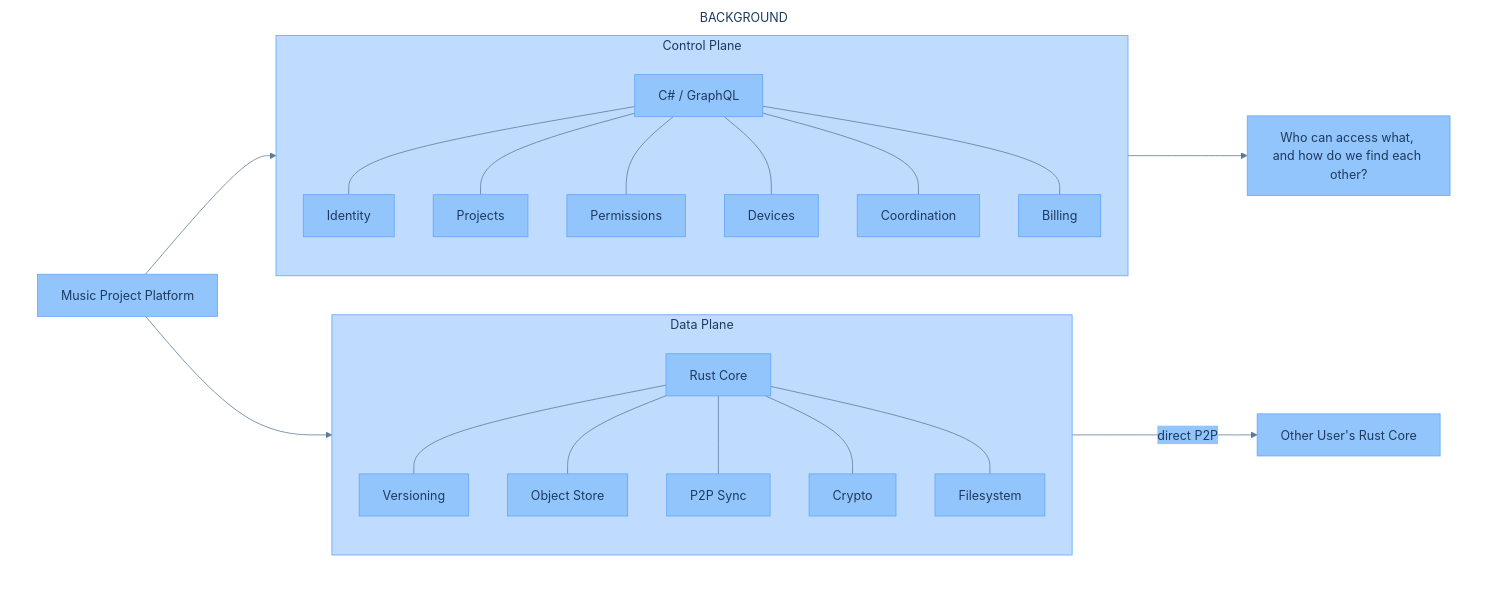
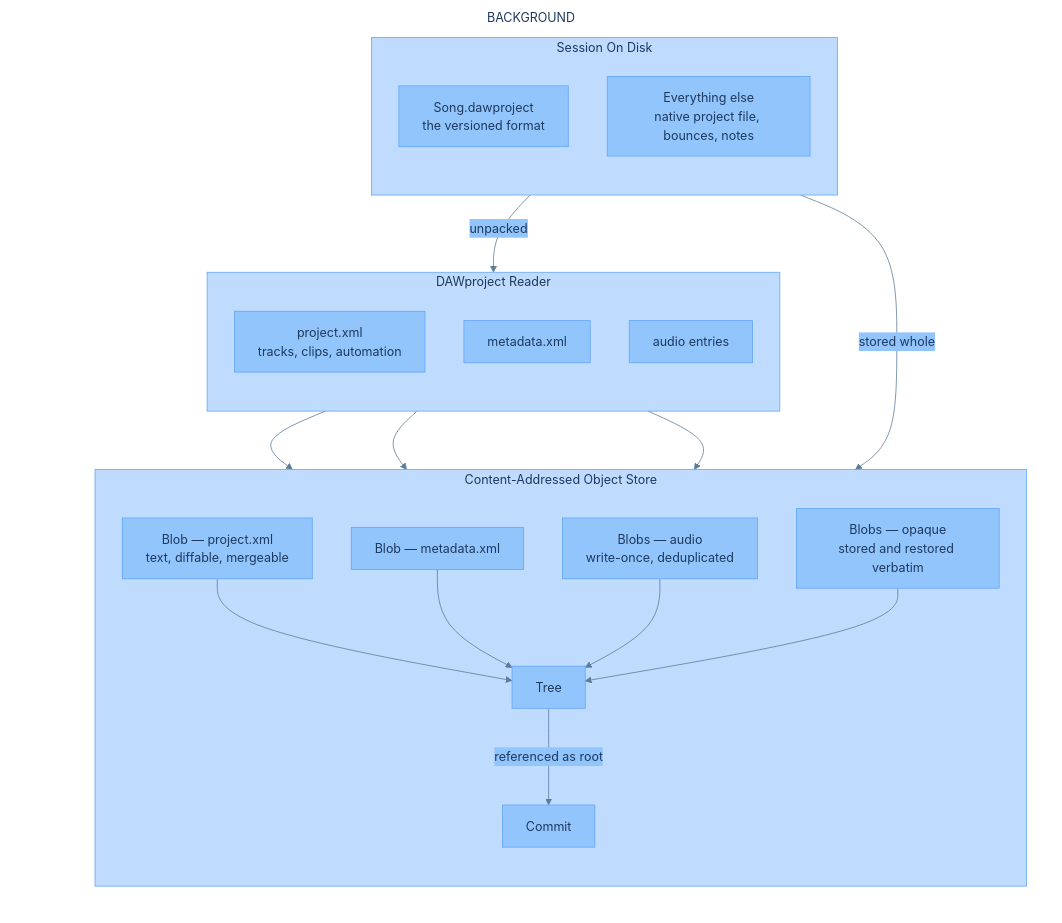
The first of 5 diagrams in gitformusic/.docs/ARCHITECTURE.md (RandreasKristensen/dawgit), drawn with Mermaid before and after one commit. The commit also changed other lines of this file and 9 other files, not shown here.

````diff
--- a/gitformusic/.docs/ARCHITECTURE.md
+++ b/gitformusic/.docs/ARCHITECTURE.md
@@ -87,52 +131,46 @@
 ```mermaid
 %%{init: {"theme":"base","themeVariables":{"background":"#ffffff","primaryColor":"#93c5fd","primaryTextColor":"#1e3a5f","primaryBorderColor":"#60a5fa","lineColor":"#5b7c99","secondaryColor":"#93c5fd","tertiaryColor":"#ffffff","clusterBkg":"#bfdbfe","clusterBorder":"#60a5fa","titleColor":"#1e3a5f","fontFamily":" sans-serif"}}}%%
-%% Music Project Platform - Architecture Overview
-flowchart TB
+%% Git for Music — Project Ingestion
+flowchart LR
 
     subgraph BACKGROUND
 
-    PLATFORM["Music Project Platform"]
-
-    subgraph CONTROL["Control Plane"]
-        GRAPHQL["C# / GraphQL"]
-        IDENTITY["Identity"]
-        PROJECTS["Projects"]
-        PERMISSIONS["Permissions"]
-        DEVICES["Devices"]
-        COORDINATION["Coordination"]
-        BILLING["Billing"]
-
-        GRAPHQL --- IDENTITY
-        GRAPHQL --- PROJECTS
-        GRAPHQL --- PERMISSIONS
-        GRAPHQL --- DEVICES
-        GRAPHQL --- COORDINATION
-        GRAPHQL --- BILLING
+    subgraph DISK["Session On Disk"]
+        direction TB
+        EXPORT["Song.dawproject<br/>the versioned format"]
+        OTHER["Everything else<br/>native project file, bounces, notes"]
     end
 
-    subgraph DATA["Data Plane"]
-        RUST["Rust Core"]
-        VERSIONING["Versioning"]
-        OBJECT_STORE["Object Store"]
-        P2P_SYNC["P2P Sync"]
-        CRYPTO["Crypto"]
-        FILESYSTEM["Filesystem"]
-
-        RUST --- VERSIONING
-        RUST --- OBJECT_STORE
-        RUST --- P2P_SYNC
-        RUST --- CRYPTO
-        RUST --- FILESYSTEM
+    subgraph ADAPTER["DAWproject Reader"]
+        direction TB
+        PXML["project.xml<br/>tracks, clips, automation"]
+        MXML["metadata.xml"]
+        MEDIA["audio entries"]
     end
 
-    OTHER_RUST["Other User's Rust Core"]
-    QUESTION["Who can access what, and how do we find each other?"]
+    subgraph STORE["Content-Addressed Object Store"]
+        direction TB
+        B_PXML["Blob — project.xml<br/>text, diffable, mergeable"]
+        B_MXML["Blob — metadata.xml"]
+        B_MEDIA["Blobs — audio<br/>write-once, deduplicated"]
+        B_OTHER["Blobs — opaque<br/>stored and restored verbatim"]
+        TREE["Tree"]
+        COMMIT["Commit"]
+    end
 
-    PLATFORM --> CONTROL
-    PLATFORM --> DATA
-    CONTROL --> QUESTION
-    DATA -->|"direct P2P"| OTHER_RUST
+    EXPORT -->|"unpacked"| ADAPTER
+    OTHER -->|"stored whole"| B_OTHER
+
+    PXML --> B_PXML
+    MXML --> B_MXML
+    MEDIA --> B_MEDIA
+
+    B_PXML --> TREE
+    B_MXML --> TREE
+    B_MEDIA --> TREE
+    B_OTHER --> TREE
+    TREE -->|"referenced as root"| COMMIT
 
     end
     style BACKGROUND fill:#ffffff,stroke:#ffffff,stroke-width:1px
 ```
````
